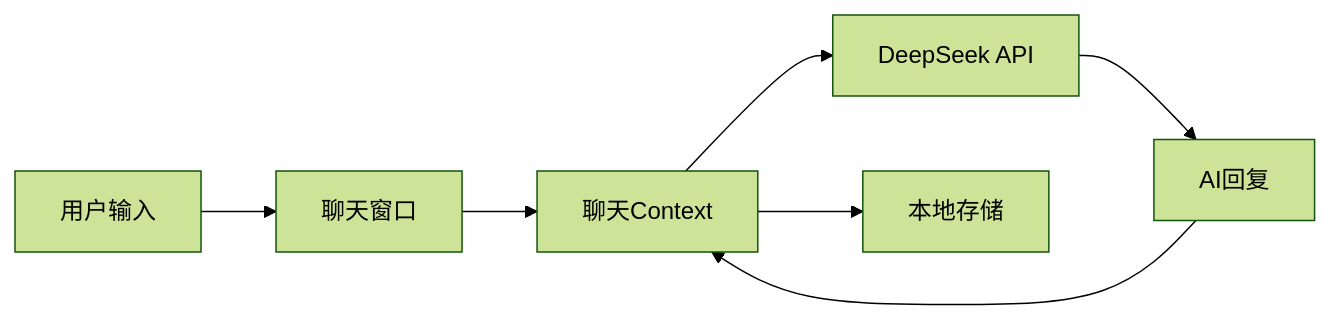
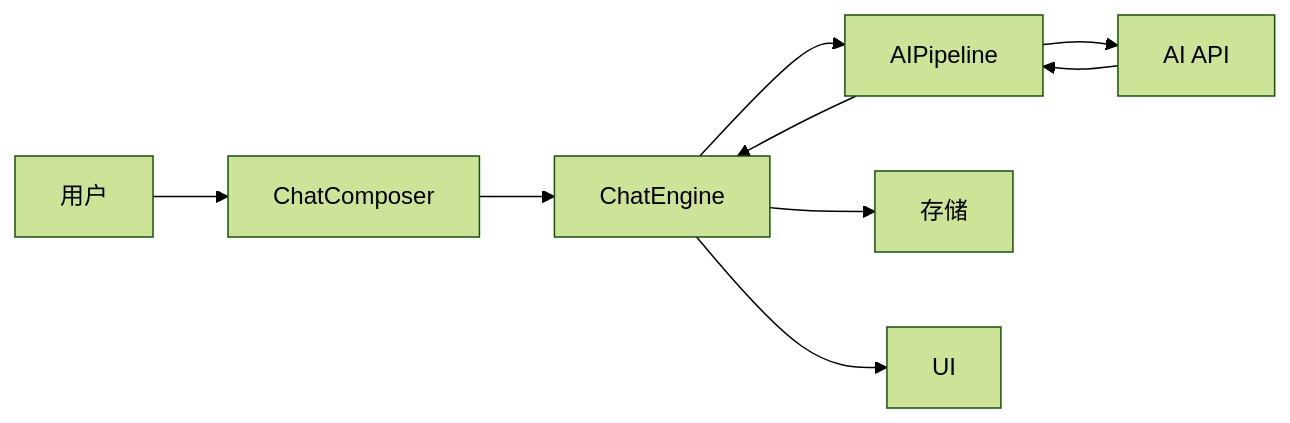
One commit to Luckycat133/Chat_Buddy changed the diagram in README.zh-CN.md. Above: the diagram before and after it, drawn with Mermaid (forest theme). The commit also changed other lines of this file and 115 other files, not shown here.

````diff
--- a/README.zh-CN.md
+++ b/README.zh-CN.md
@@ -188,9 +183,11 @@
 ```mermaid
 graph LR
-    A[用户输入] --> B[聊天窗口]
-    B --> C[聊天Context]
-    C --> D[DeepSeek API]
-    D --> E[AI回复]
-    E --> C
-    C --> F[本地存储]
+    A[用户] --> B[ChatComposer]
+    B --> C[ChatEngine]
+    C --> D[AIPipeline]
+    D --> E[AI API]
+    E --> D
+    D --> C
+    C --> F[存储]
+    C --> G[UI]
 ```
````
